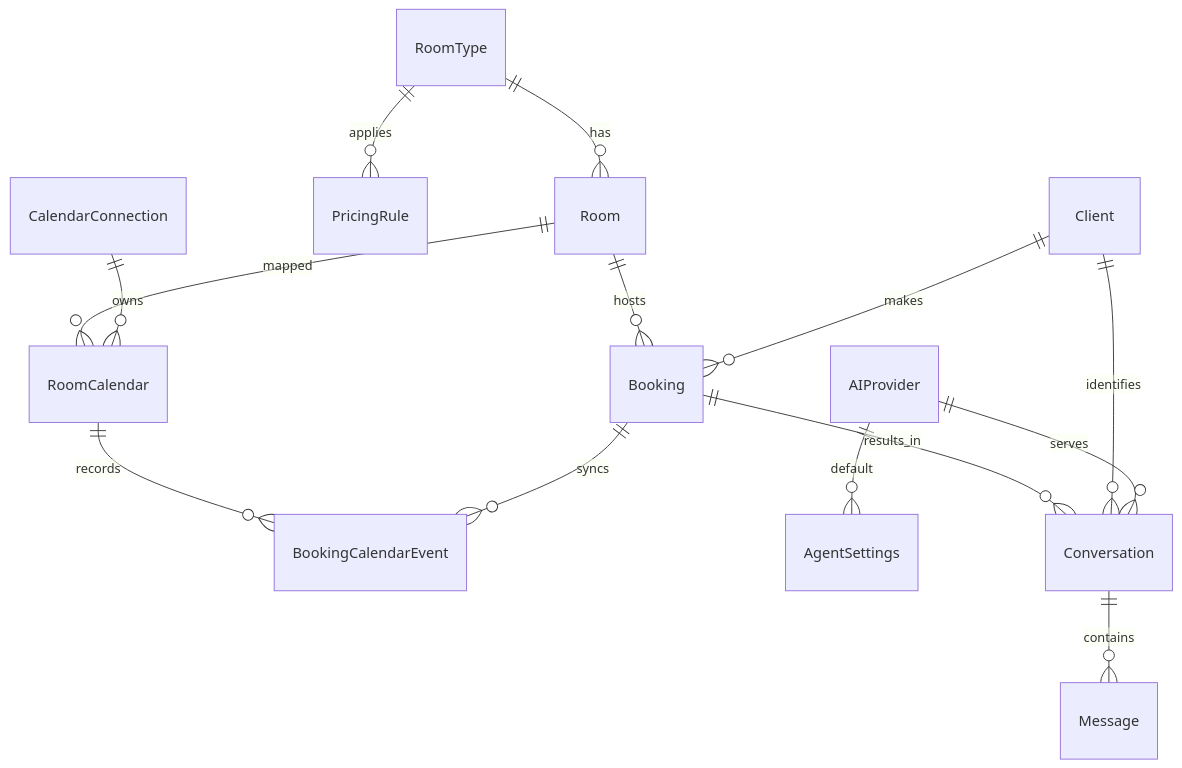
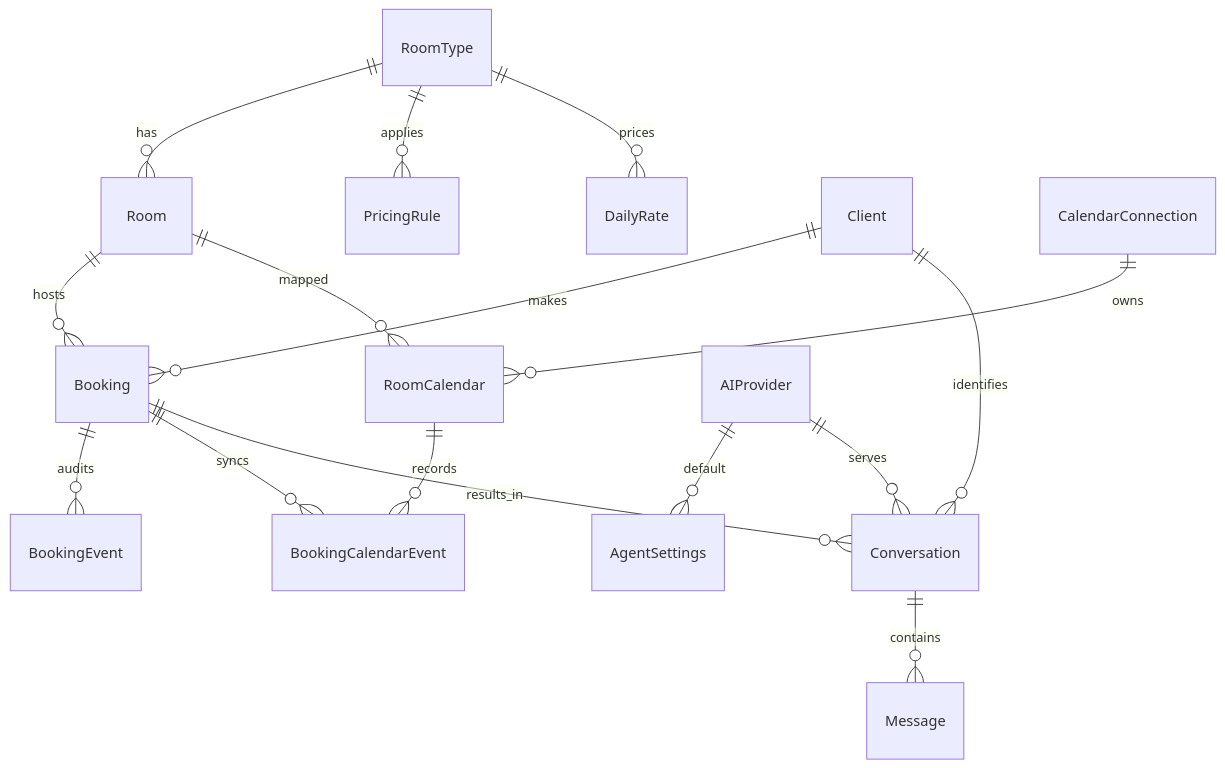
One commit to michalfrackowiak/hotel-ai-alpha changed the second of 4 diagrams in docs/ARCHITECTURE.md. Above: the diagram before and after it, drawn with Mermaid. The commit also changed other lines of this file and 34 other files, not shown here.

````diff
--- a/docs/ARCHITECTURE.md
+++ b/docs/ARCHITECTURE.md
@@ -42,16 +44,18 @@
 ```mermaid
 erDiagram
     RoomType ||--o{ Room : has
     RoomType ||--o{ PricingRule : applies
+    RoomType ||--o{ DailyRate : prices
     Client ||--o{ Booking : makes
     Room ||--o{ Booking : hosts
+    Booking ||--o{ BookingEvent : audits
     Booking ||--o{ BookingCalendarEvent : syncs
     CalendarConnection ||--o{ RoomCalendar : owns
     Room ||--o{ RoomCalendar : mapped
     RoomCalendar ||--o{ BookingCalendarEvent : records
     AIProvider ||--o{ AgentSettings : default
     AIProvider ||--o{ Conversation : serves
     Conversation ||--o{ Message : contains
     Client ||--o{ Conversation : identifies
     Booking ||--o{ Conversation : results_in
 ```
````
